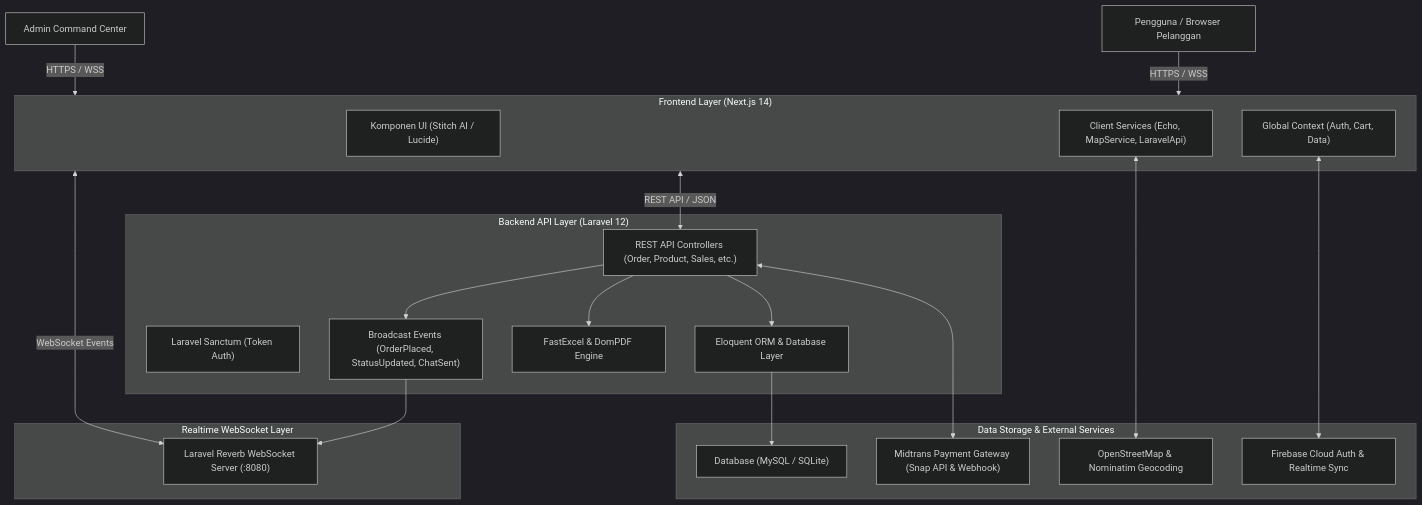
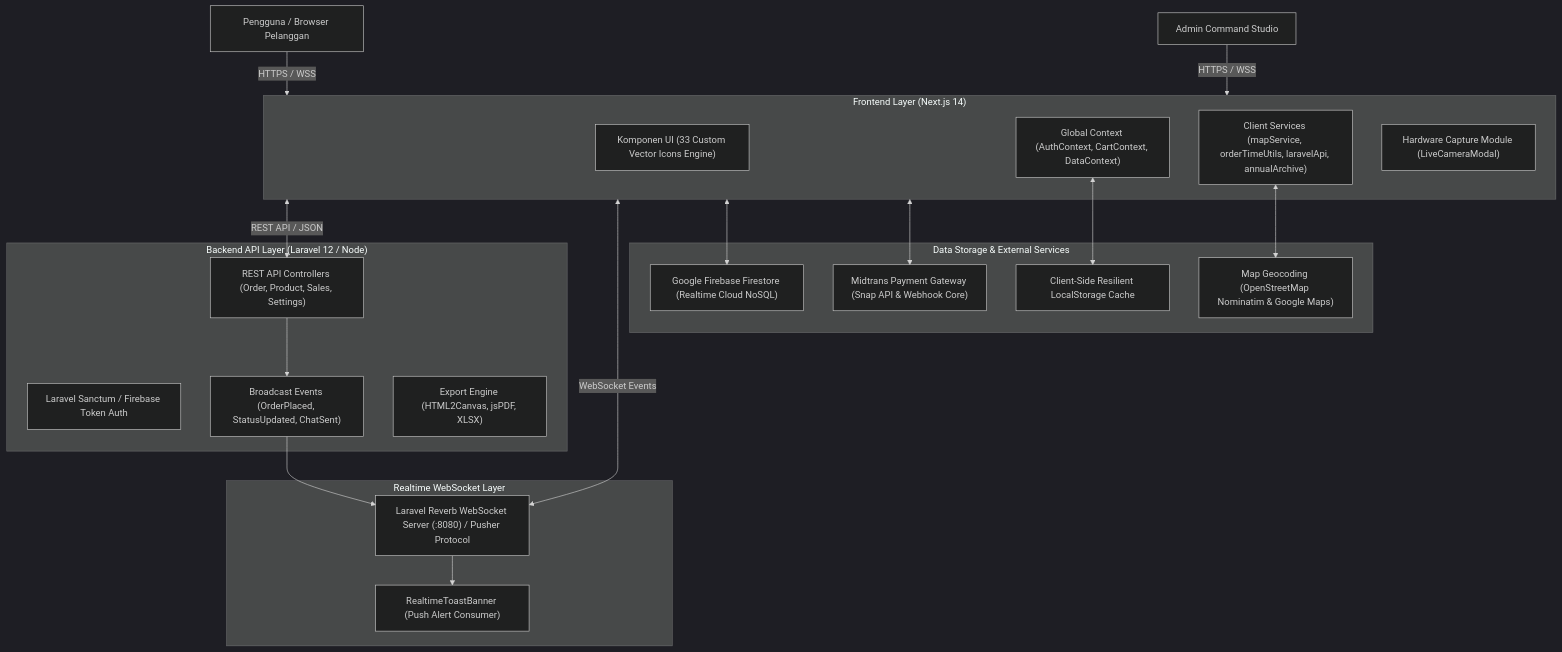
Before and after one commit to fatihahmadzakky19/Nefakky3: the diagram in nefakky3/docs/ARCHITECTURE.md, drawn with Mermaid (dark theme). The commit also changed other lines of this file and 15 other files, not shown here.

````diff
--- a/nefakky3/docs/ARCHITECTURE.md
+++ b/nefakky3/docs/ARCHITECTURE.md
@@ -13,41 +13,41 @@
 ```mermaid
 graph TD
     UserClient["Pengguna / Browser Pelanggan"] --> |HTTPS / WSS| FrontendLayer["Next.js 14 App Router (React 18 / Tailwind)"]
-    AdminClient["Admin Command Center"] --> |HTTPS / WSS| FrontendLayer
+    AdminClient["Admin Command Studio"] --> |HTTPS / WSS| FrontendLayer
 
     subgraph FrontendLayer ["Frontend Layer (Next.js 14)"]
-        UIComp["Komponen UI (Stitch AI / Lucide)"]
-        ContextProviders["Global Context (Auth, Cart, Data)"]
-        ClientServices["Client Services (Echo, MapService, LaravelApi)"]
+        UIComp["Komponen UI (33 Custom Vector Icons Engine)"]
+        ContextProviders["Global Context (AuthContext, CartContext, DataContext)"]
+        ClientServices["Client Services (mapService, orderTimeUtils, laravelApi, annualArchive)"]
+        LiveCamera["Hardware Capture Module (LiveCameraModal)"]
     end
 
     subgraph RealtimeLayer ["Realtime WebSocket Layer"]
-        Reverb["Laravel Reverb WebSocket Server (:8080)"]
+        Reverb["Laravel Reverb WebSocket Server (:8080) / Pusher Protocol"]
+        ToastBanner["RealtimeToastBanner (Push Alert Consumer)"]
     end
 
-    subgraph BackendLayer ["Backend API Layer (Laravel 12)"]
-        SanctumAuth["Laravel Sanctum (Token Auth)"]
-        Controllers["REST API Controllers (Order, Product, Sales, etc.)"]
+    subgraph BackendLayer ["Backend API Layer (Laravel 12 / Node)"]
+        SanctumAuth["Laravel Sanctum / Firebase Token Auth"]
+        Controllers["REST API Controllers (Order, Product, Sales, Settings)"]
         EventsLayer["Broadcast Events (OrderPlaced, StatusUpdated, ChatSent)"]
-        FastExcelDomPDF["FastExcel & DomPDF Engine"]
-        EloquentORM["Eloquent ORM & Database Layer"]
+        FastExcelDomPDF["Export Engine (HTML2Canvas, jsPDF, XLSX)"]
     end
 
     subgraph DataStorage ["Data Storage & External Services"]
-        MySQL_SQLite["Database (MySQL / SQLite)"]
-        MidtransGW["Midtrans Payment Gateway (Snap API & Webhook)"]
-        OSM_Nominatim["OpenStreetMap & Nominatim Geocoding"]
-        FirebaseCloud["Firebase Cloud Auth & Realtime Sync"]
+        FirestoreDB["Google Firebase Firestore (Realtime Cloud NoSQL)"]
+        MidtransGW["Midtrans Payment Gateway (Snap API & Webhook Core)"]
+        OSM_Google["Map Geocoding (OpenStreetMap Nominatim & Google Maps)"]
+        LocalStorage["Client-Side Resilient LocalStorage Cache"]
     end
 
     FrontendLayer <--> |REST API / JSON| Controllers
     FrontendLayer <--> |WebSocket Events| Reverb
+    Reverb --> ToastBanner
     Controllers --> EventsLayer
     EventsLayer --> Reverb
-    Controllers --> FastExcelDomPDF
-    Controllers --> EloquentORM
-    EloquentORM --> MySQL_SQLite
-    Controllers <--> MidtransGW
-    ClientServices <--> OSM_Nominatim
-    ContextProviders <--> FirebaseCloud
+    FrontendLayer <--> FirestoreDB
+    FrontendLayer <--> MidtransGW
+    ClientServices <--> OSM_Google
+    ContextProviders <--> LocalStorage
 ```
````
